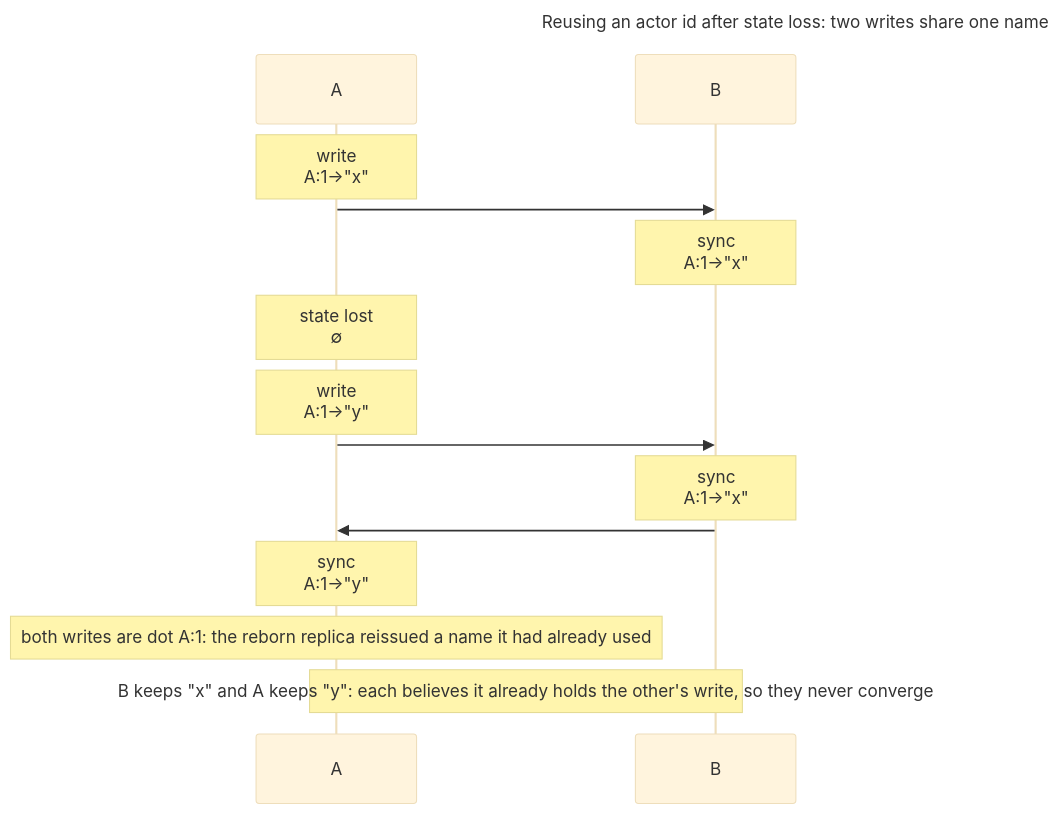
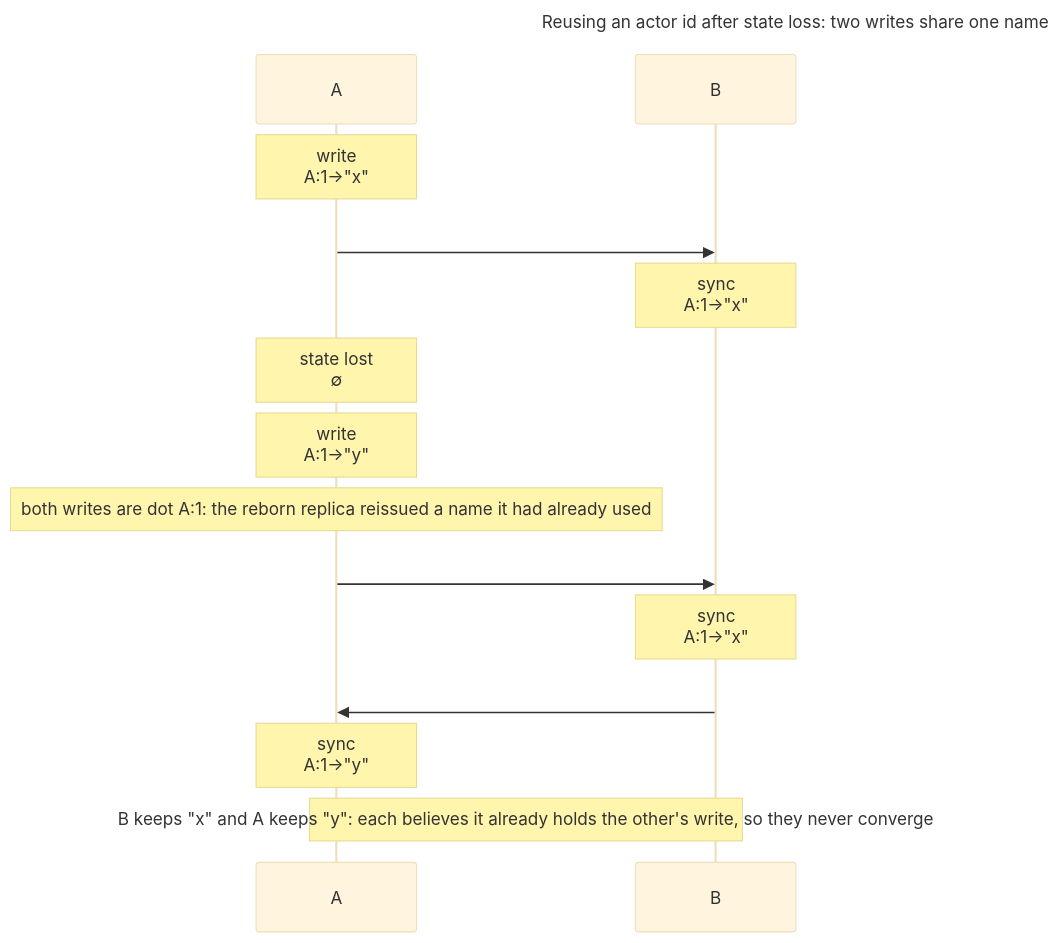
One commit to sploiselle/rust-algs changed the diagram in figures/actor-id-reuse.mmd. Above: the diagram before and after it, drawn with Mermaid (base theme). The commit also changed 17 other files, not shown here.

```diff
--- a/figures/actor-id-reuse.mmd
+++ b/figures/actor-id-reuse.mmd
@@ -1,17 +1,17 @@
 ---
 title: "Reusing an actor id after state loss: two writes share one name"
 ---
 sequenceDiagram
-    participant A as A
-    participant B as B
-    Note over A: write<br/>A:1→"x"
-    A->>B: 
-    Note over B: sync<br/>A:1→"x"
-    Note over A: state lost<br/>∅
-    Note over A: write<br/>A:1→"y"
-    A->>B: 
-    Note over B: sync<br/>A:1→"x"
-    B->>A: 
-    Note over A: sync<br/>A:1→"y"
-    Note over A: both writes are dot A:1: the reborn replica reissued a name it had already used
-    Note over B,A: B keeps "x" and A keeps "y": each believes it already holds the other's write, so they never converge
+    participant L0 as A
+    participant L1 as B
+    Note over L0: write<br/>A:1→"x"
+    L0->>L1: #8203;
+    Note over L1: sync<br/>A:1→"x"
+    Note over L0: state lost<br/>∅
+    Note over L0: write<br/>A:1→"y"
+    Note over L0: both writes are dot A:1: the reborn replica reissued a name it had already used
+    L0->>L1: #8203;
+    Note over L1: sync<br/>A:1→"x"
+    L1->>L0: #8203;
+    Note over L0: sync<br/>A:1→"y"
+    Note over L1,L0: B keeps "x" and A keeps "y": each believes it already holds the other's write, so they never converge
```
